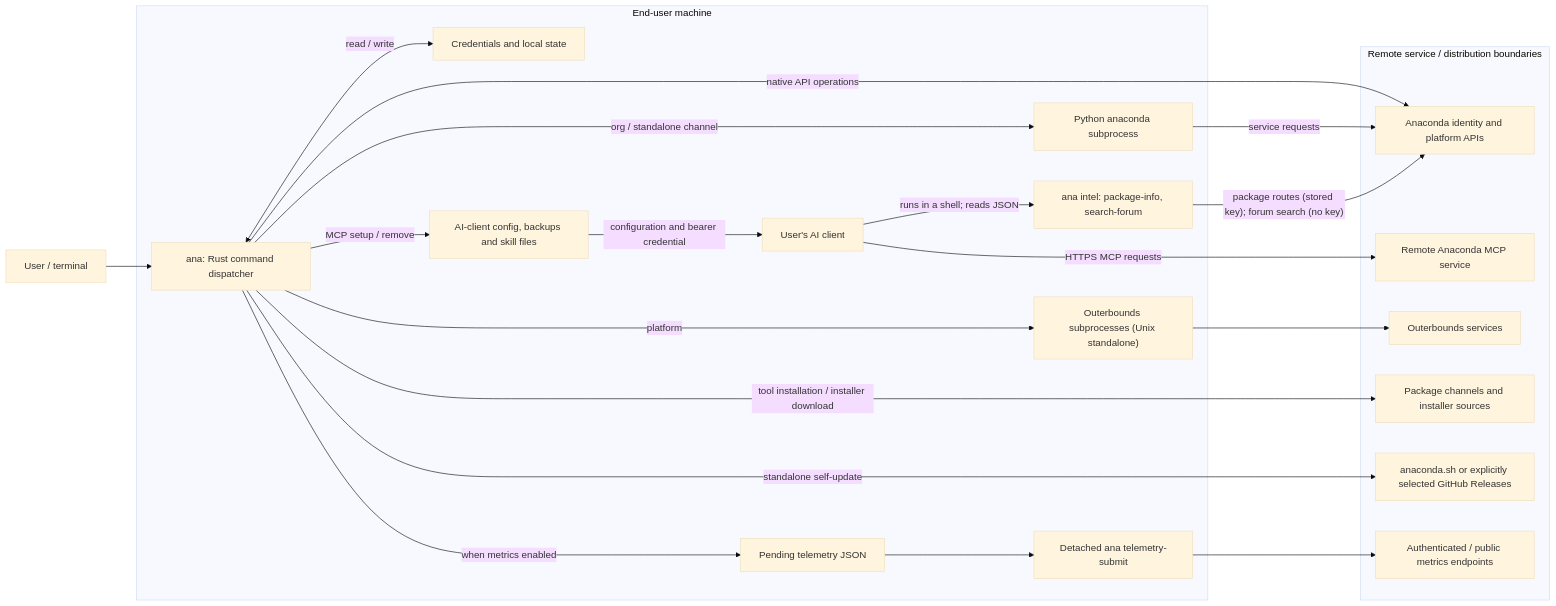
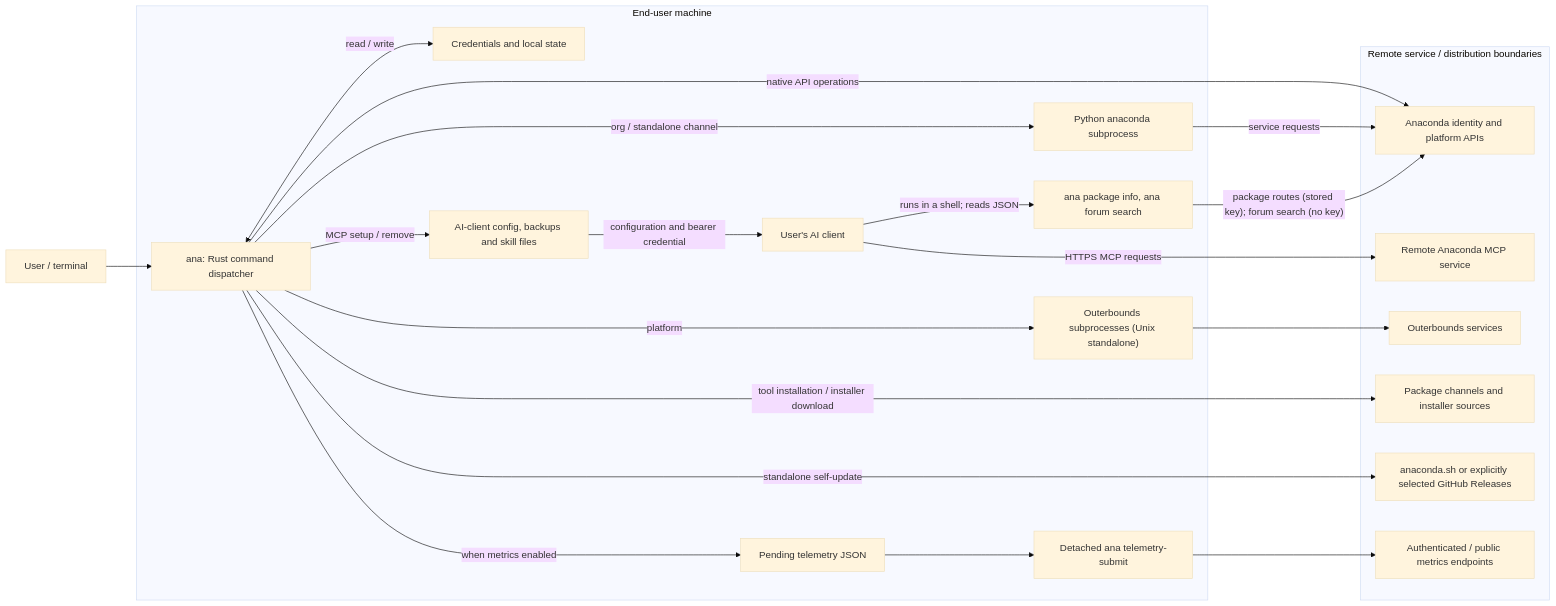
The first of 5 diagrams in docs/architecture.md (anaconda/anaconda-cli), drawn with Mermaid (base theme) before and after one commit. The commit also changed other lines of this file and 20 other files, not shown here.

First line of the commit message:
refac: Rename ana intel to ana package info and ana forum search

````diff
--- a/docs/architecture.md
+++ b/docs/architecture.md
@@ -19,40 +19,40 @@
 ```mermaid
 flowchart LR
     USER["User / terminal"]
     subgraph HOST["End-user machine"]
         ANA["ana: Rust command dispatcher"]
         STATE["Credentials and local state"]
         PY["Python anaconda subprocess"]
         OB["Outerbounds subprocesses (Unix standalone)"]
         AICFG["AI-client config, backups and skill files"]
         AICLIENT["User's AI client"]
-        INTEL["ana intel: package-info, search-forum"]
+        LOOKUP["ana package info, ana forum search"]
         SPOOL["Pending telemetry JSON"]
         SUBMIT["Detached ana telemetry-submit"]
     end
     subgraph SERVICES["Remote service / distribution boundaries"]
         API["Anaconda identity and platform APIs"]
         MCP["Remote Anaconda MCP service"]
         OBAPI["Outerbounds services"]
         PKGS["Package channels and installer sources"]
         RELEASES["anaconda.sh or explicitly selected GitHub Releases"]
         METRICS["Authenticated / public metrics endpoints"]
     end
     USER --> ANA
     ANA <-->|"read / write"| STATE
     ANA -->|"native API operations"| API
     ANA -->|"org / standalone channel"| PY
     PY -->|"service requests"| API
     ANA -->|"platform"| OB
     OB --> OBAPI
     ANA -->|"tool installation / installer download"| PKGS
     ANA -->|"standalone self-update"| RELEASES
     ANA -->|"MCP setup / remove"| AICFG
     AICFG -->|"configuration and bearer credential"| AICLIENT
     AICLIENT -->|"HTTPS MCP requests"| MCP
-    AICLIENT -->|"runs in a shell; reads JSON"| INTEL
-    INTEL -->|"package routes (stored key); forum search (no key)"| API
+    AICLIENT -->|"runs in a shell; reads JSON"| LOOKUP
+    LOOKUP -->|"package routes (stored key); forum search (no key)"| API
     ANA -->|"when metrics enabled"| SPOOL
     SPOOL --> SUBMIT
     SUBMIT --> METRICS
 ```
````
